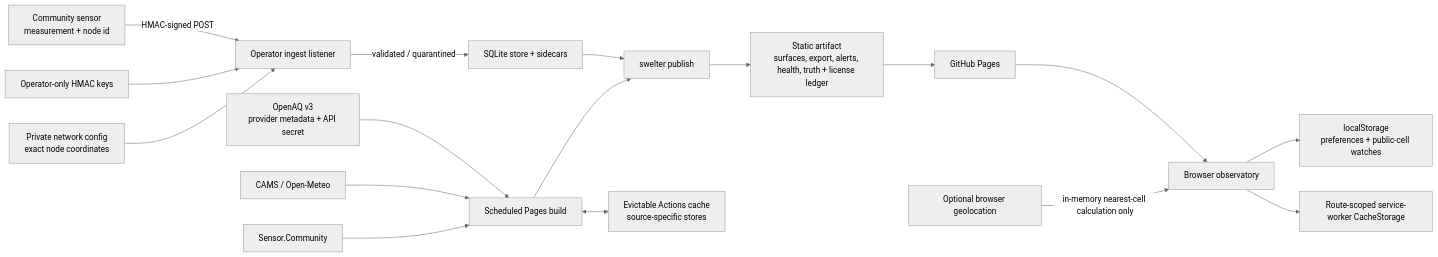
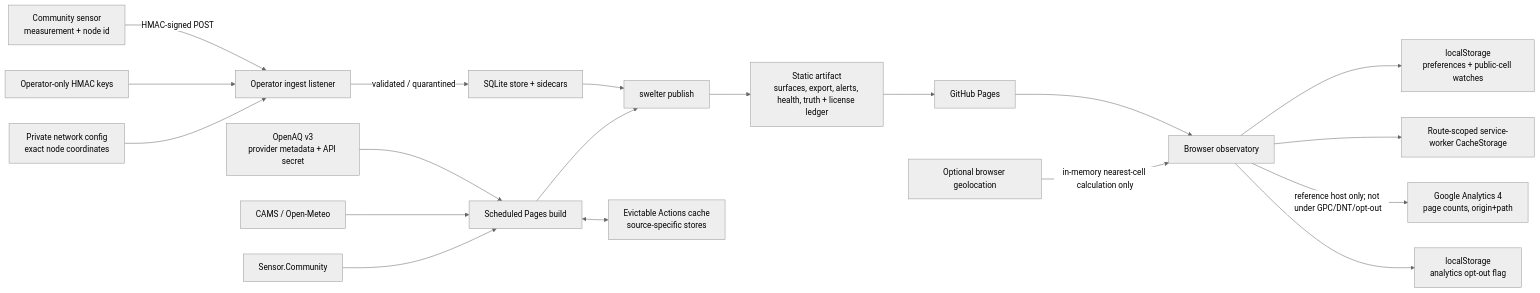
One commit to ChelseaKR/swelter changed the diagram in docs/audits/data-flow.md. Above: the diagram before and after it, drawn with Mermaid (neutral theme). The commit also changed other lines of this file and 28 other files, not shown here.

First line of the commit message:
feat(web): add google analytics 4 page counts with gpc/dnt guards and an opt-out (#296)

````diff
--- a/docs/audits/data-flow.md
+++ b/docs/audits/data-flow.md
@@ -6,19 +6,21 @@
 ```mermaid
 flowchart LR
   N["Community sensor\nmeasurement + node id"] -->|"HMAC-signed POST"| I["Operator ingest listener"]
   K["Operator-only HMAC keys"] --> I
   C["Private network config\nexact node coordinates"] --> I
   I -->|"validated / quarantined"| S["SQLite store + sidecars"]
   OA["OpenAQ v3\nprovider metadata + API secret"] --> F["Scheduled Pages build"]
   OM["CAMS / Open-Meteo"] --> F
   SC["Sensor.Community"] --> F
   S --> P["swelter publish"]
   F <--> AC["Evictable Actions cache\nsource-specific stores"]
   F --> P
   P --> A["Static artifact\nsurfaces, export, alerts, health, truth + license ledger"]
   A --> G["GitHub Pages"]
   G --> B["Browser observatory"]
   B --> LS["localStorage\npreferences + public-cell watches"]
   B --> CS["Route-scoped service-worker CacheStorage"]
+  B -->|"reference host only; not under GPC/DNT/opt-out"| GA["Google Analytics 4\npage counts, origin+path"]
+  B --> OO["localStorage\nanalytics opt-out flag"]
   U["Optional browser geolocation"] -->|"in-memory nearest-cell calculation only"| B
 ```
````
